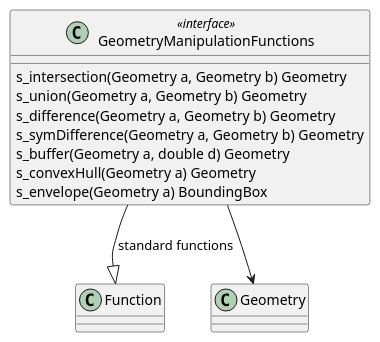
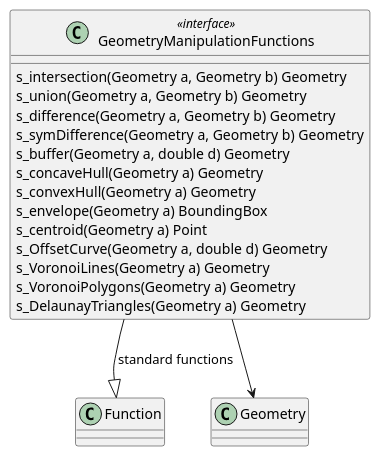
Before and after one commit to opengeospatial/styles-and-symbology: the ninth of 9 diagrams in core/sections/clause_18_functions.adoc, drawn with PlantUML. The commit also changed other lines of this file and 9 other files, not shown here.

```diff
--- a/core/sections/clause_18_functions.adoc
+++ b/core/sections/clause_18_functions.adoc
@@ -534,13 +572,19 @@
 [plantuml, target=diagram-classes, format=png]
 ....
 class GeometryManipulationFunctions <<interface>>
 GeometryManipulationFunctions --|> Function : standard functions
 GeometryManipulationFunctions : s_intersection(Geometry a, Geometry b) Geometry
 GeometryManipulationFunctions : s_union(Geometry a, Geometry b) Geometry
 GeometryManipulationFunctions : s_difference(Geometry a, Geometry b) Geometry
 GeometryManipulationFunctions : s_symDifference(Geometry a, Geometry b) Geometry
 GeometryManipulationFunctions : s_buffer(Geometry a, double d) Geometry
+GeometryManipulationFunctions : s_concaveHull(Geometry a) Geometry
 GeometryManipulationFunctions : s_convexHull(Geometry a) Geometry
 GeometryManipulationFunctions : s_envelope(Geometry a) BoundingBox
+GeometryManipulationFunctions : s_centroid(Geometry a) Point
+GeometryManipulationFunctions : s_OffsetCurve(Geometry a, double d) Geometry
+GeometryManipulationFunctions : s_VoronoiLines(Geometry a) Geometry
+GeometryManipulationFunctions : s_VoronoiPolygons(Geometry a) Geometry
+GeometryManipulationFunctions : s_DelaunayTriangles(Geometry a) Geometry
 GeometryManipulationFunctions --> Geometry
 ....
```
